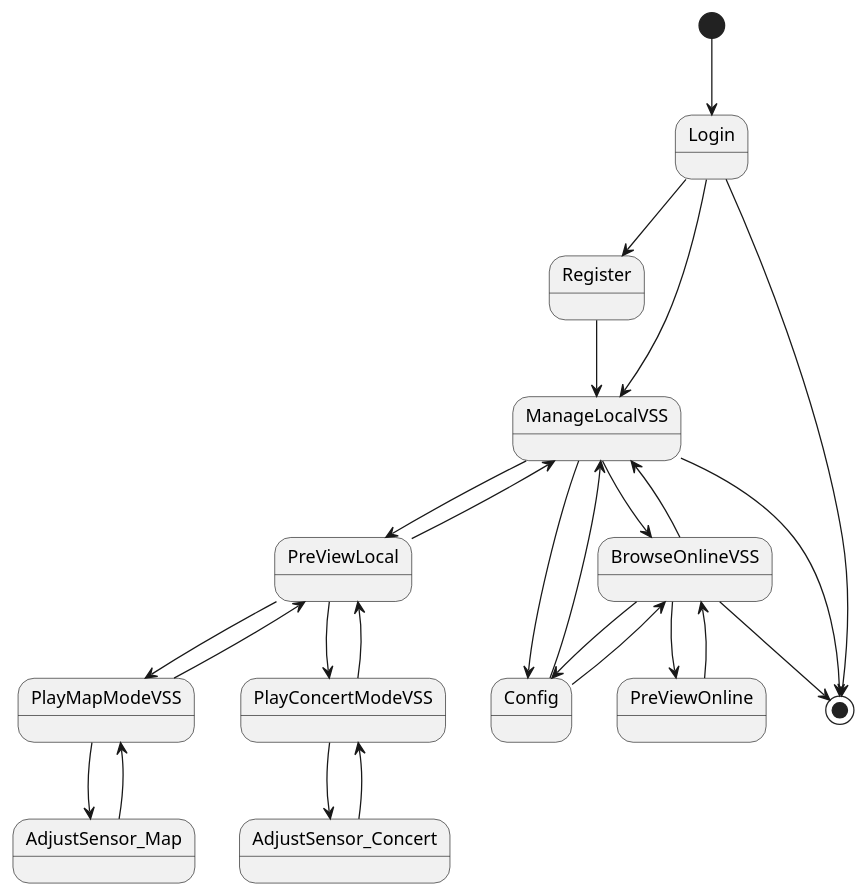
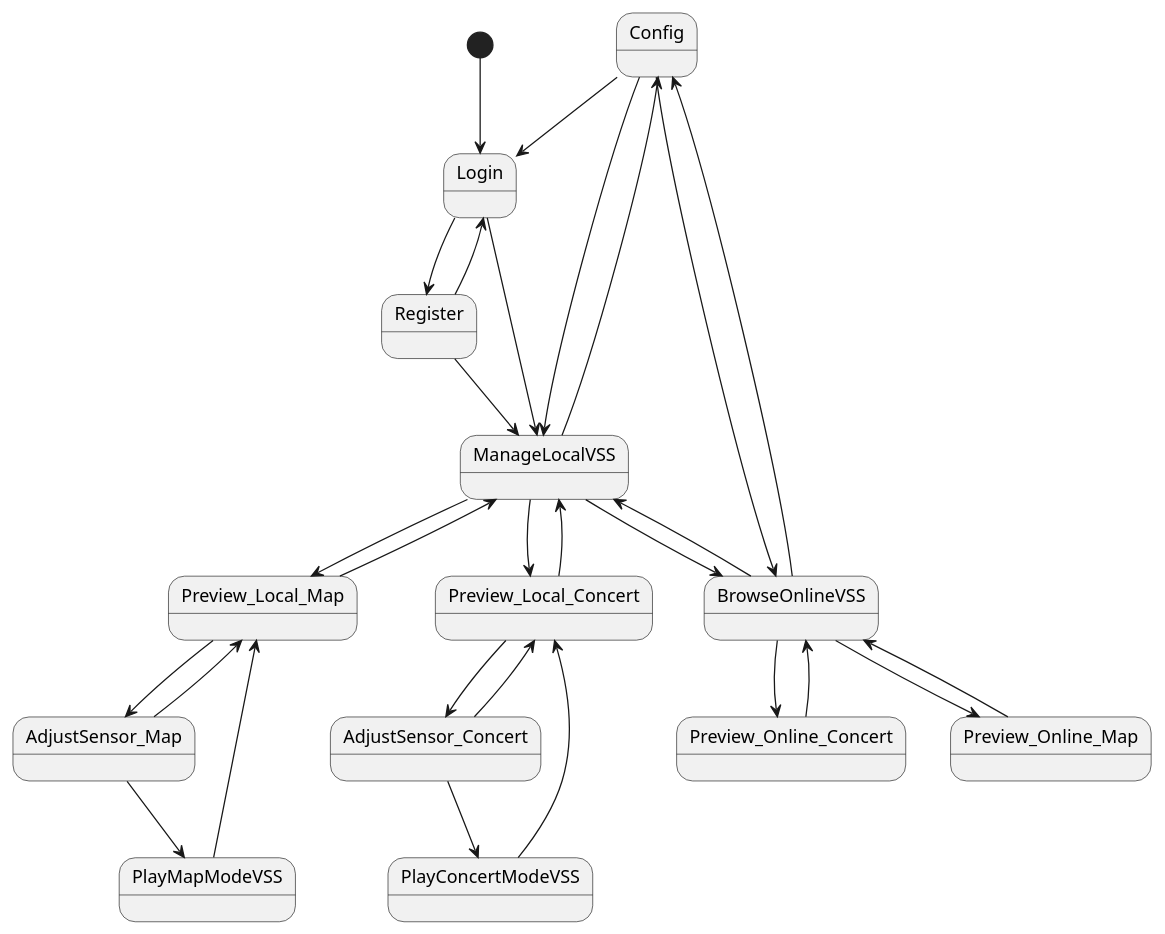
Before and after one commit to kpp19920121/doc: the second of 2 diagrams in 需求定义/软件需求规约.md, drawn with PlantUML. The commit also changed other lines of this file and 2 other files, not shown here.

````diff
--- a/需求定义/软件需求规约.md
+++ b/需求定义/软件需求规约.md
@@ -617,33 +624,36 @@
 ```PlantUML
 @startuml
+Config --> Login
+
 [*] --> Login
 Login --> Register
+Register --> Login
 Register --> ManageLocalVSS
 Login --> ManageLocalVSS
+ManageLocalVSS --> Preview_Local_Map
+ManageLocalVSS --> Preview_Local_Concert
+Preview_Local_Map --> ManageLocalVSS
+Preview_Local_Concert --> ManageLocalVSS
+Preview_Local_Map --> AdjustSensor_Map
+Preview_Local_Concert --> AdjustSensor_Concert
+AdjustSensor_Map --> Preview_Local_Map
+AdjustSensor_Concert --> Preview_Local_Concert
+AdjustSensor_Map --> PlayMapModeVSS
+AdjustSensor_Concert --> PlayConcertModeVSS
+PlayMapModeVSS --> Preview_Local_Map
+PlayConcertModeVSS --> Preview_Local_Concert
 ManageLocalVSS --> BrowseOnlineVSS
 BrowseOnlineVSS --> ManageLocalVSS
-BrowseOnlineVSS --> PreViewOnline
-ManageLocalVSS --> PreViewLocal
-PreViewLocal --> PlayMapModeVSS
-PlayMapModeVSS --> PreViewLocal
-PreViewLocal --> ManageLocalVSS
-PreViewLocal --> PlayConcertModeVSS
-PlayConcertModeVSS --> PreViewLocal
-PreViewOnline --> BrowseOnlineVSS
-PlayMapModeVSS --> AdjustSensor_Map
-AdjustSensor_Map --> PlayMapModeVSS
-PlayConcertModeVSS --> AdjustSensor_Concert
-AdjustSensor_Concert --> PlayConcertModeVSS
-
-Login --> [*]
-ManageLocalVSS --> [*]
-BrowseOnlineVSS --> [*]
+BrowseOnlineVSS --> Config
+Config --> BrowseOnlineVSS
 ManageLocalVSS --> Config
 Config --> ManageLocalVSS
-BrowseOnlineVSS --> Config
-Config --> BrowseOnlineVSS
+BrowseOnlineVSS --> Preview_Online_Concert
+Preview_Online_Concert --> BrowseOnlineVSS
+BrowseOnlineVSS --> Preview_Online_Map
+Preview_Online_Map --> BrowseOnlineVSS
 
 
 
 @enduml
 ```
````
